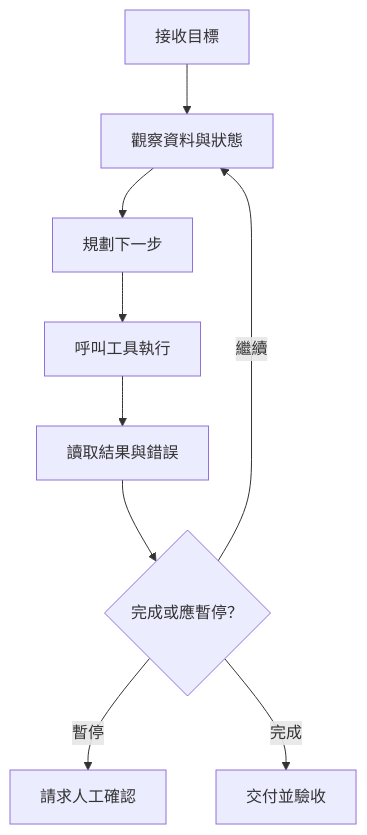
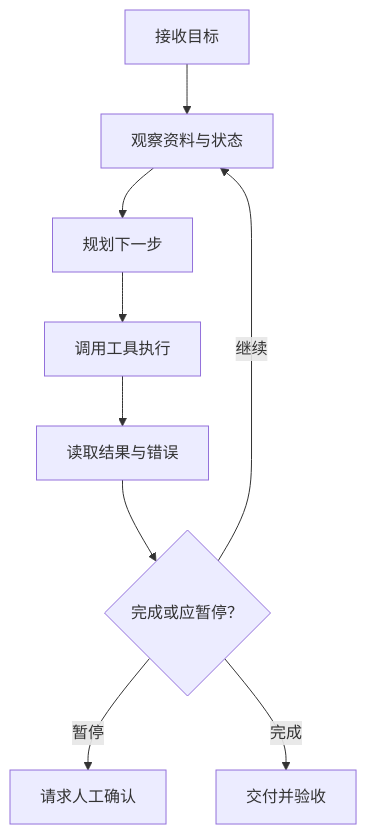
One commit to the-beating-light-of-the-nail/ai-tools-guide-site changed the second of 2 diagrams in docs/zh-tw/workbuddy/11-ai-work-system/index.md. Above: the diagram before and after it, drawn with Mermaid. The commit also changed other lines of this file and 136 other files, not shown here.

````diff
--- a/docs/zh-tw/workbuddy/11-ai-work-system/index.md
+++ b/docs/zh-tw/workbuddy/11-ai-work-system/index.md
@@ -63,11 +67,11 @@
 ```mermaid
 flowchart TD
-    A[接收目標] --> B[觀察資料與狀態]
-    B --> C[規劃下一步]
-    C --> D[呼叫工具執行]
-    D --> E[讀取結果與錯誤]
-    E --> F{完成或應暫停？}
-    F -->|繼續| B
-    F -->|暫停| G[請求人工確認]
-    F -->|完成| H[交付並驗收]
+    A[接收目标] --> B[观察资料与状态]
+    B --> C[规划下一步]
+    C --> D[调用工具执行]
+    D --> E[读取结果与错误]
+    E --> F{完成或应暂停？}
+    F -->|继续| B
+    F -->|暂停| G[请求人工确认]
+    F -->|完成| H[交付并验收]
 ```
````
